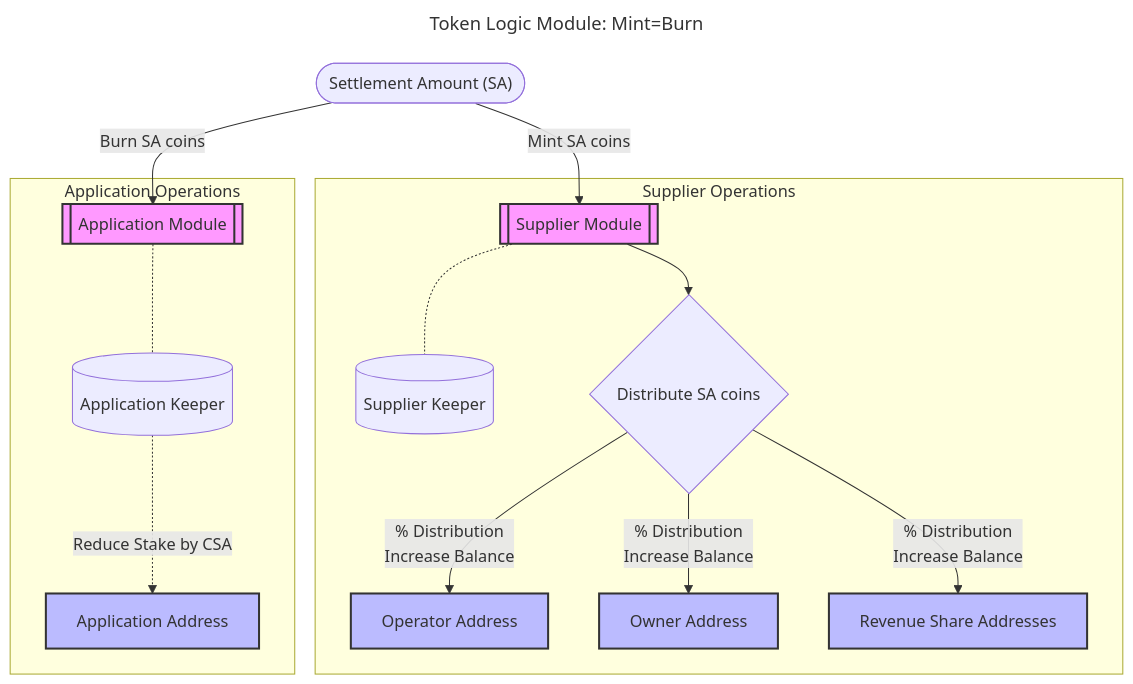
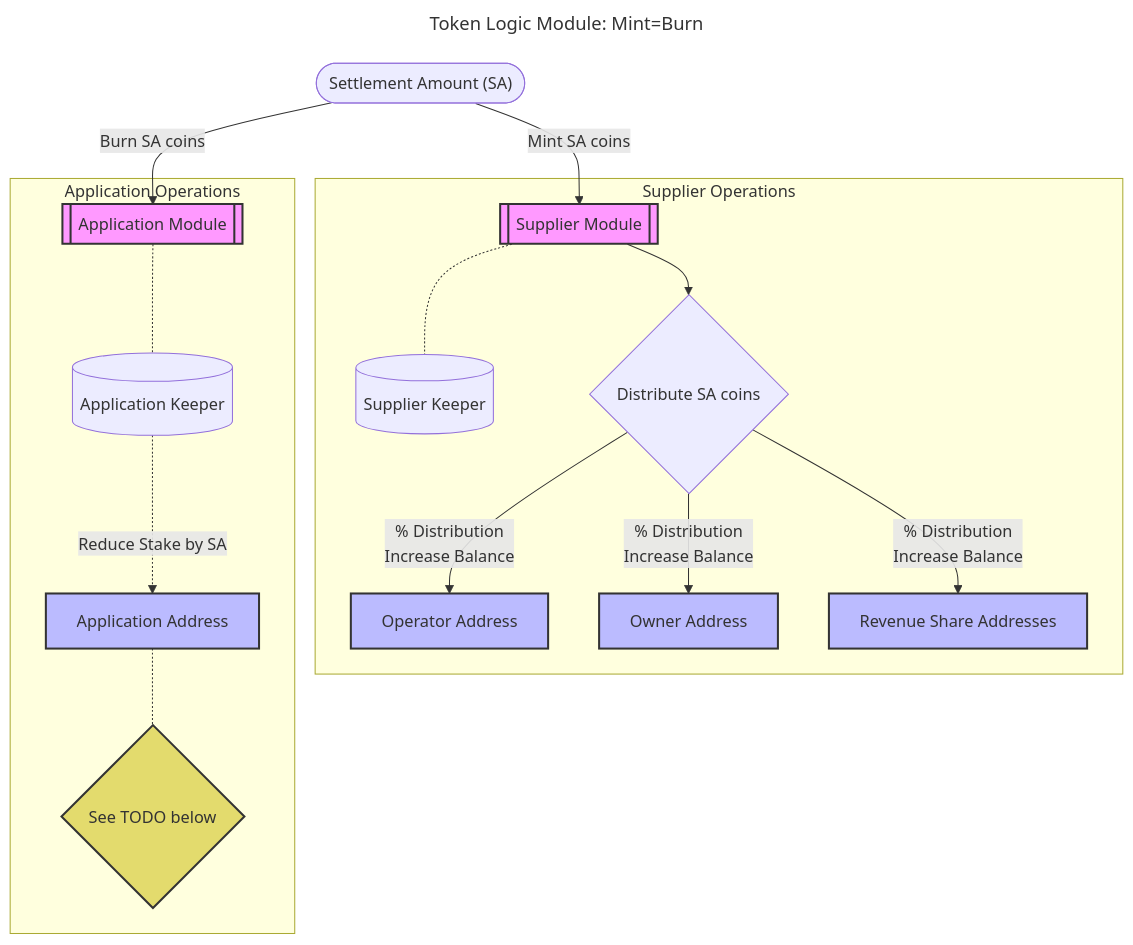
Before and after one commit to pokt-network/poktroll: the second of 4 diagrams in docusaurus/docs/protocol/tokenomics/token_logic_modules.md, drawn with Mermaid. The commit also changed other lines of this file and 12 other files, not shown here.

````diff
--- a/docusaurus/docs/protocol/tokenomics/token_logic_modules.md
+++ b/docusaurus/docs/protocol/tokenomics/token_logic_modules.md
@@ -100,44 +107,45 @@
 ```mermaid
 ---
 title: "Token Logic Module: Mint=Burn"
 ---
 flowchart TD
     SA(["Settlement Amount (SA)"])
 
     SA -- Mint SA coins --> SM
     SA -- Burn SA coins--> AM
 
     subgraph SO[Supplier Operations]
         SM[[Supplier Module]]
         SK[(Supplier Keeper)]
         SD{Distribute SA coins}
         OPA[Operator Address]
         OA[Owner Address]
         RSA[Revenue Share Addresses]
 
         SM -.- SK
         SD -->|% Distribution <br> Increase Balance| OPA
         SD -->|% Distribution <br> Increase Balance| OA
         SD -->|% Distribution <br> Increase Balance| RSA
     end
 
     subgraph AO[Application Operations]
         AM[[Application Module]]
         AK[(Application Keeper)]
         AA[Application Address]
 
         AM -.- AK
-        AK -. Reduce Stake by CSA .-> AA
+        AK -. Reduce Stake by SA .-> AA
+        AA -.- TODO{See TODO below}
     end
 
     SM --> SD
-
 
     classDef module fill:#f9f,stroke:#333,stroke-width:2px;
     classDef address fill:#bbf,stroke:#333,stroke-width:2px;
     classDef question fill:#e3db6d,stroke:#333,stroke-width:2px;
     classDef event fill:#e8b761,stroke:#333,stroke-width:2px;
 
     class SM,AM module;
     class RSA,OA,OPA,AA address;
+    class TODO question;
 ```
````
